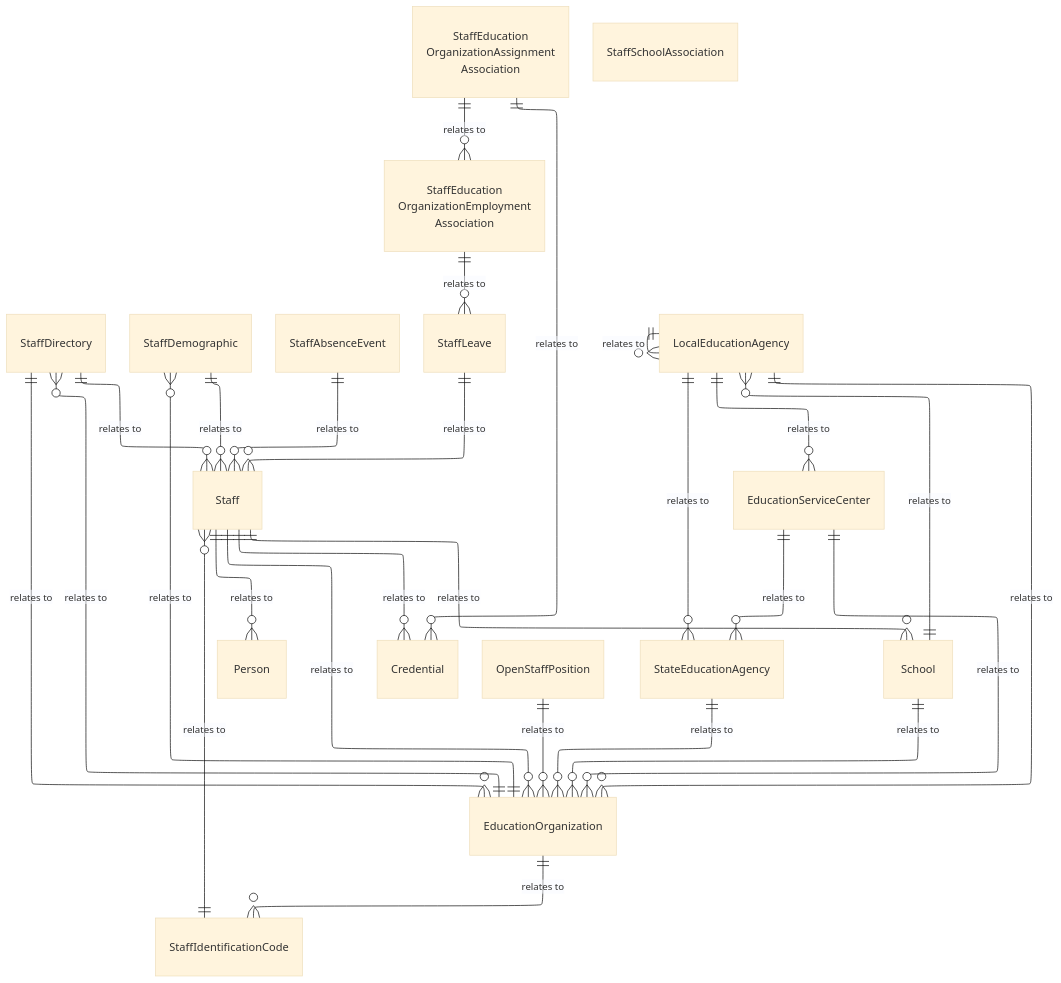
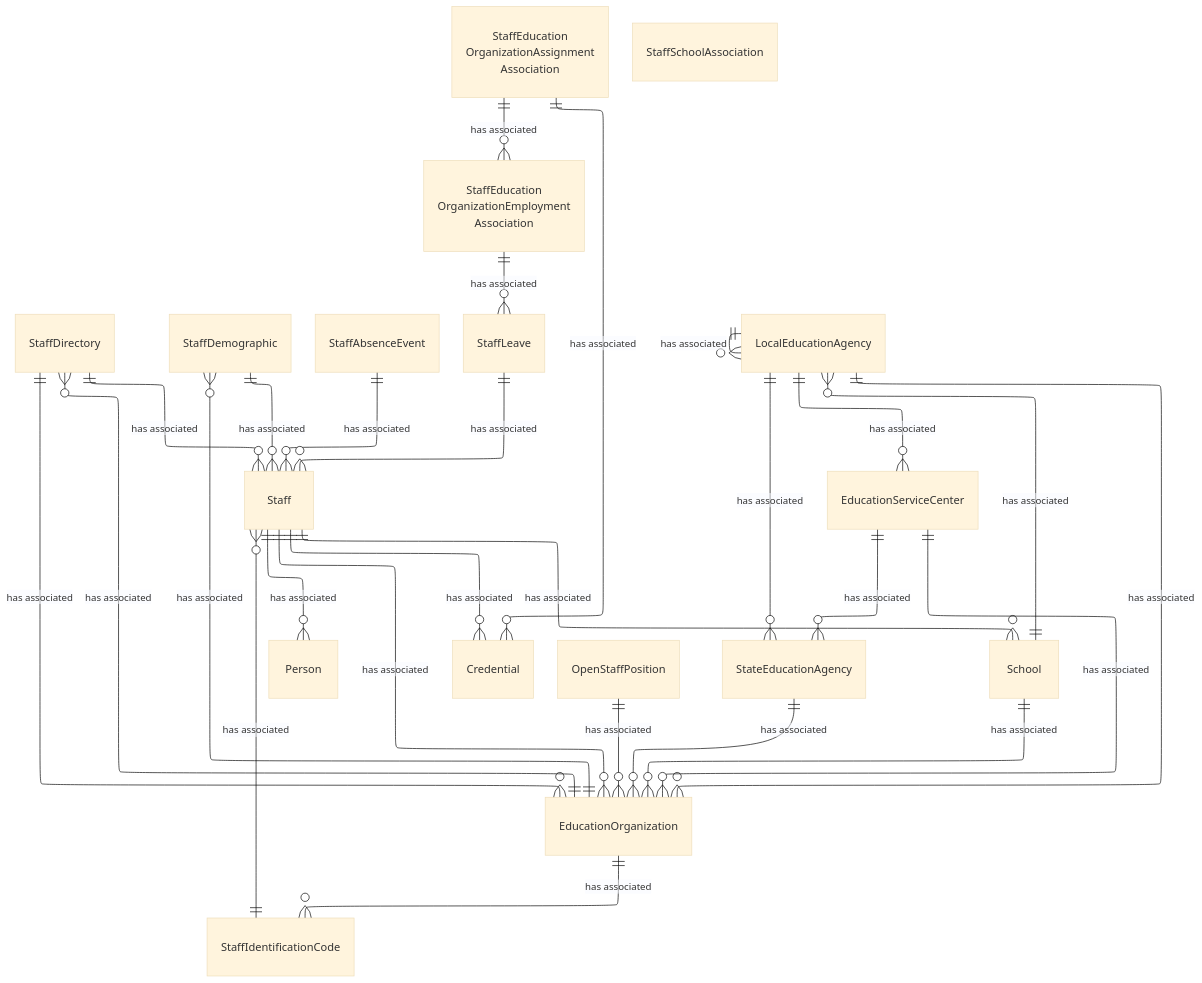
Before and after one commit to Ed-Fi-Alliance-OSS/ed-fi-alliance-oss.github.io: the diagram in dataStandard_versioned_docs/version-6/model-reference/staff-domain/model-diagrams.md, drawn with Mermaid (base theme). The commit also changed 24 other files, not shown here.

````diff
--- a/dataStandard_versioned_docs/version-6/model-reference/staff-domain/model-diagrams.md
+++ b/dataStandard_versioned_docs/version-6/model-reference/staff-domain/model-diagrams.md
@@ -12,67 +12,67 @@
 ```mermaid
 ---
 config:
   layout: elk
 ---
 erDiagram
     Staff {
     }
     StaffIdentificationCode {
     }
     StaffDirectory {
     }
     StaffDemographic {
     }
     Person {
     }
     Credential {
     }
     StaffAbsenceEvent {
     }
     StaffLeave {
     }
     StaffEducationOrganizationEmploymentAssociation["StaffEducation<br/>OrganizationEmployment<br/>Association"] {
     }
     StaffEducationOrganizationAssignmentAssociation["StaffEducation<br/>OrganizationAssignment<br/>Association"] {
     }
     StaffSchoolAssociation {
     }
     OpenStaffPosition {
     }
     EducationOrganization {
     }
     EducationServiceCenter {
     }
     LocalEducationAgency {
     }
     StateEducationAgency {
     }
     School {
     }
-    Staff ||--o{ Person : "relates to"
-    Staff ||--o{ Credential : "relates to"
-    Staff ||--o{ School : "relates to"
-    Staff ||--o{ EducationOrganization : "relates to"
-    StaffIdentificationCode ||--o{ Staff : "relates to"
-    StaffDirectory ||--o{ Staff : "relates to"
-    StaffDirectory ||--o{ EducationOrganization : "relates to"
-    StaffDemographic ||--o{ Staff : "relates to"
-    StaffAbsenceEvent ||--o{ Staff : "relates to"
-    StaffLeave ||--o{ Staff : "relates to"
-    StaffEducationOrganizationEmploymentAssociation ||--o{ StaffLeave : "relates to"
-    StaffEducationOrganizationAssignmentAssociation ||--o{ StaffEducationOrganizationEmploymentAssociation : "relates to"
-    StaffEducationOrganizationAssignmentAssociation ||--o{ Credential : "relates to"
-    EducationOrganization ||--o{ StaffDirectory : "relates to"
-    EducationOrganization ||--o{ StaffIdentificationCode : "relates to"
-    EducationOrganization ||--o{ StaffDemographic : "relates to"
-    OpenStaffPosition ||--o{ EducationOrganization : "relates to"
-    School ||--o{ EducationOrganization : "relates to"
-    School ||--o{ LocalEducationAgency : "relates to"
-    LocalEducationAgency ||--o{ EducationOrganization : "relates to"
-    LocalEducationAgency ||--o{ EducationServiceCenter : "relates to"
-    LocalEducationAgency ||--o{ StateEducationAgency : "relates to"
-    LocalEducationAgency ||--o{ LocalEducationAgency : "relates to"
-    EducationServiceCenter ||--o{ EducationOrganization : "relates to"
-    EducationServiceCenter ||--o{ StateEducationAgency : "relates to"
-    StateEducationAgency ||--o{ EducationOrganization : "relates to"
+    Staff ||--o{ Person : "has associated"
+    Staff ||--o{ Credential : "has associated"
+    Staff ||--o{ School : "has associated"
+    Staff ||--o{ EducationOrganization : "has associated"
+    StaffIdentificationCode ||--o{ Staff : "has associated"
+    StaffDirectory ||--o{ Staff : "has associated"
+    StaffDirectory ||--o{ EducationOrganization : "has associated"
+    StaffDemographic ||--o{ Staff : "has associated"
+    StaffAbsenceEvent ||--o{ Staff : "has associated"
+    StaffLeave ||--o{ Staff : "has associated"
+    StaffEducationOrganizationEmploymentAssociation ||--o{ StaffLeave : "has associated"
+    StaffEducationOrganizationAssignmentAssociation ||--o{ StaffEducationOrganizationEmploymentAssociation : "has associated"
+    StaffEducationOrganizationAssignmentAssociation ||--o{ Credential : "has associated"
+    EducationOrganization ||--o{ StaffDirectory : "has associated"
+    EducationOrganization ||--o{ StaffIdentificationCode : "has associated"
+    EducationOrganization ||--o{ StaffDemographic : "has associated"
+    OpenStaffPosition ||--o{ EducationOrganization : "has associated"
+    School ||--o{ EducationOrganization : "has associated"
+    School ||--o{ LocalEducationAgency : "has associated"
+    LocalEducationAgency ||--o{ EducationOrganization : "has associated"
+    LocalEducationAgency ||--o{ EducationServiceCenter : "has associated"
+    LocalEducationAgency ||--o{ StateEducationAgency : "has associated"
+    LocalEducationAgency ||--o{ LocalEducationAgency : "has associated"
+    EducationServiceCenter ||--o{ EducationOrganization : "has associated"
+    EducationServiceCenter ||--o{ StateEducationAgency : "has associated"
+    StateEducationAgency ||--o{ EducationOrganization : "has associated"
 ```
````
